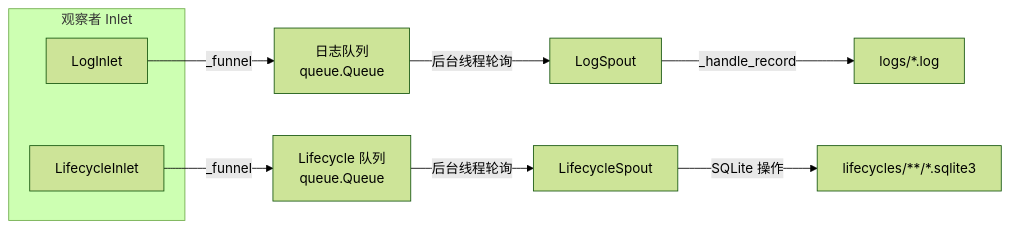
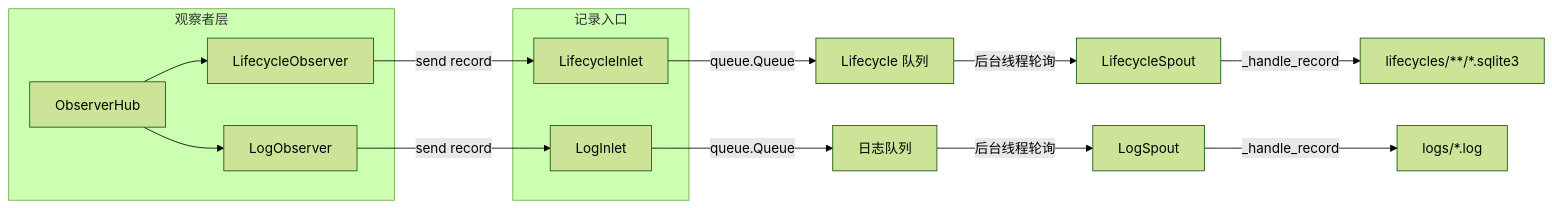
Before and after one commit to Mr-xiaotian/CelestialFlow: the diagram in docs/zh-CN/src/persist/__init__.md, drawn with Mermaid (forest theme). The commit also changed other lines of this file and 86 other files, not shown here.

````diff
--- a/docs/zh-CN/src/persist/__init__.md
+++ b/docs/zh-CN/src/persist/__init__.md
@@ -68,16 +94,21 @@
 ```mermaid
 flowchart LR
-    subgraph Producer[观察者 Inlet]
-        LogInlet[LogInlet]
-        LifecycleInlet[LifecycleInlet]
+    subgraph EventBus[观察者层]
+        Hub[ObserverHub] --> LifecycleObs[LifecycleObserver]
+        Hub --> LogObs[LogObserver]
     end
 
-    LogInlet -->|_funnel| LogQueue[日志队列<br/>queue.Queue]
-    LifecycleInlet -->|_funnel| LifecycleQueue[Lifecycle 队列<br/>queue.Queue]
+    subgraph Producer[记录入口]
+        LifecycleObs -->|send record| LifecycleInlet[LifecycleInlet]
+        LogObs -->|send record| LogInlet[LogInlet]
+    end
 
+    LifecycleInlet -->|queue.Queue| LifecycleQueue[Lifecycle 队列]
+    LogInlet -->|queue.Queue| LogQueue[日志队列]
+
+    LifecycleQueue -->|后台线程轮询| LifecycleSpout[LifecycleSpout]
     LogQueue -->|后台线程轮询| LogSpout[LogSpout]
-    LifecycleQueue -->|后台线程轮询| LifecycleSpout[LifecycleSpout]
 
+    LifecycleSpout -->|_handle_record| SQLiteFile[lifecycles/**/*.sqlite3]
     LogSpout -->|_handle_record| LogFile[logs/*.log]
-    LifecycleSpout -->|SQLite 操作| SQLiteFile[lifecycles/**/*.sqlite3]
 ```
````
